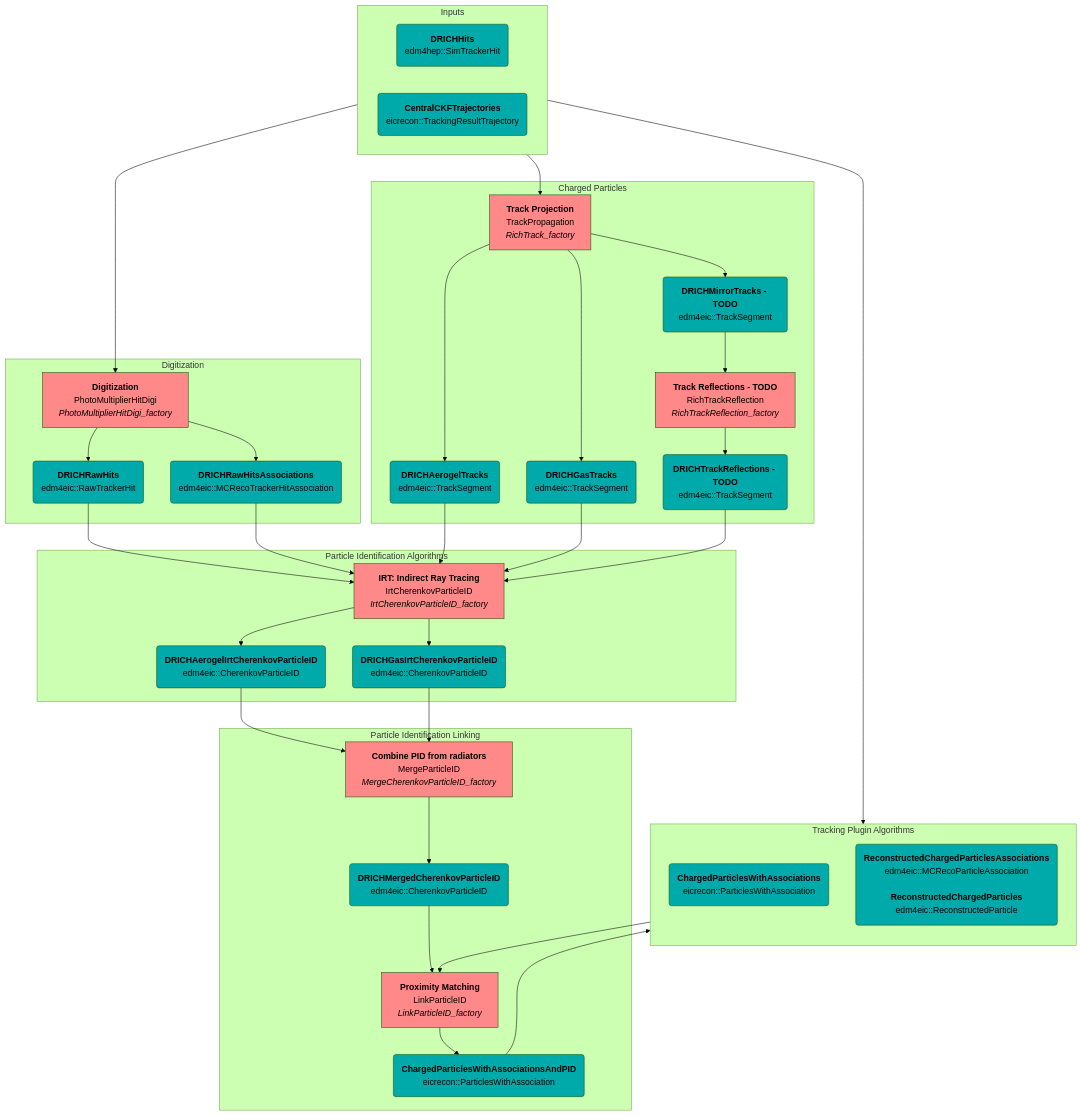
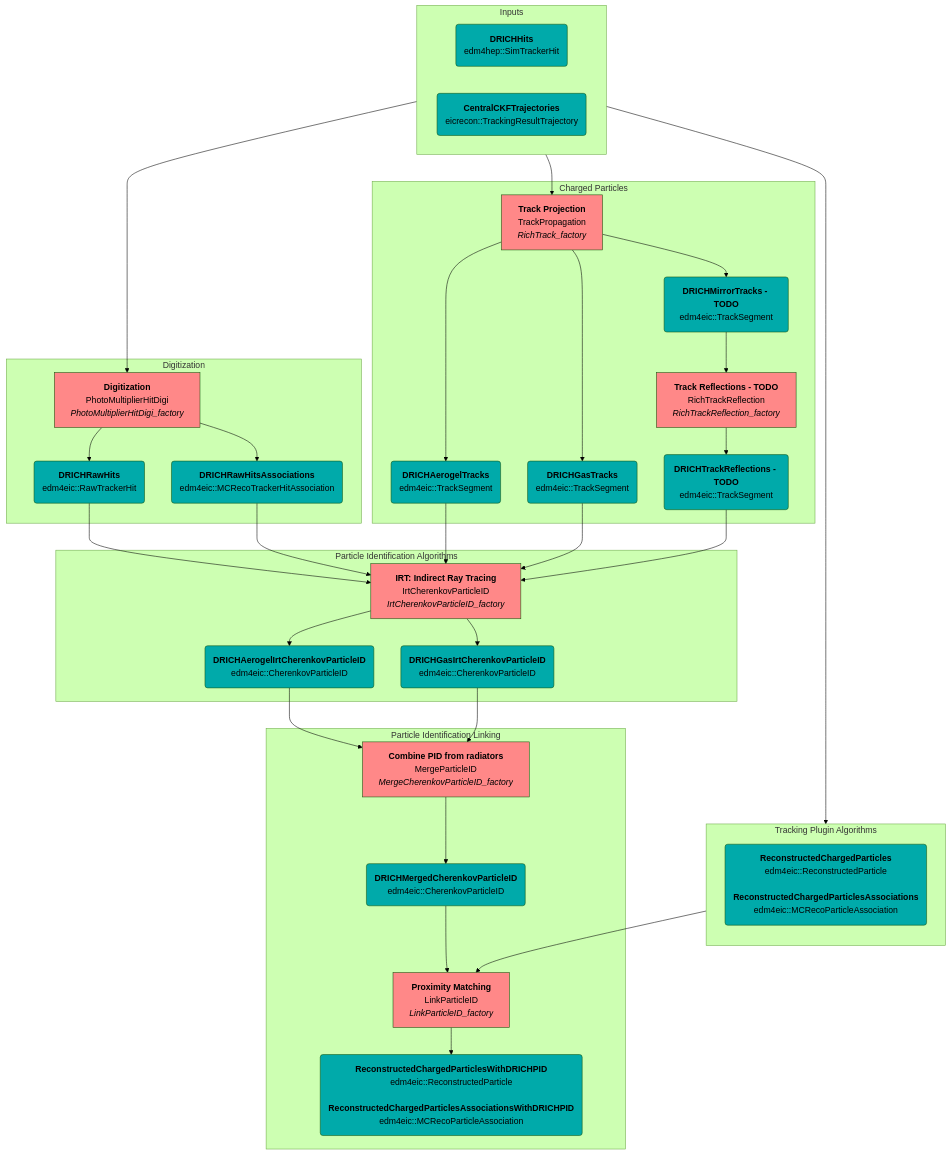
The second of 5 diagrams in src/detectors/DRICH/README.md (eic/EICrecon), drawn with Mermaid (forest theme) before and after one commit.

Commit message:
modified:   src/detectors/DRICH/README.md

````diff
--- a/src/detectors/DRICH/README.md
+++ b/src/detectors/DRICH/README.md
@@ -55,13 +55,12 @@
     MergePID(<strong>DRICHMergedCherenkovParticleID</strong><br/>edm4eic::CherenkovParticleID):::col
 
     ProxMatch[<strong>Proximity Matching</strong><br/>LinkParticleID<br><i>LinkParticleID_factory</i>]:::alg
-    ReconAssocsPID(<strong>ChargedParticlesWithAssociationsAndPID</strong><br/>eicrecon::ParticlesWithAssociation):::col
+    ReconPartsWithPID(<strong>ReconstructedChargedParticlesWithDRICHPID</strong><br/>edm4eic::ReconstructedParticle<br/><br/><strong>ReconstructedChargedParticlesAssociationsWithDRICHPID</strong><br/>edm4eic::MCRecoParticleAssociation):::col
   end
 
   subgraph Tracking Plugin Algorithms
     direction TB
-    ReconAssocs(<strong>ChargedParticlesWithAssociations</strong><br/>eicrecon::ParticlesWithAssociation):::col
-    ReconFinal(<strong>ReconstructedChargedParticlesAssociations</strong><br/>edm4eic::MCRecoParticleAssociation<br/><br/><strong>ReconstructedChargedParticles</strong><br/>edm4eic::ReconstructedParticle):::col
+    ReconParts(<strong>ReconstructedChargedParticles</strong><br/>edm4eic::ReconstructedParticle<br/><br/><strong>ReconstructedChargedParticlesAssociations</strong><br/>edm4eic::MCRecoParticleAssociation):::col
   end
 
   %%-----------------
@@ -94,9 +93,8 @@
   Merge --> MergePID
 
   %% linking
-  Trajectories --> ReconAssocs
+  Trajectories --> ReconParts
   MergePID --> ProxMatch
-  ReconAssocs --> ProxMatch
-  ProxMatch --> ReconAssocsPID
-  ReconAssocsPID --> ReconFinal
+  ReconParts --> ProxMatch
+  ProxMatch --> ReconPartsWithPID
 ```
````
